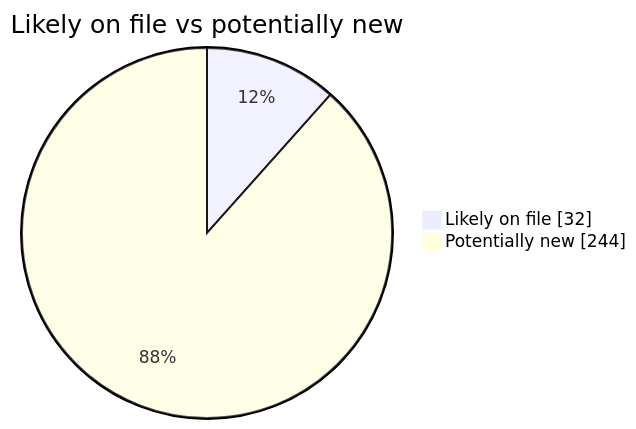
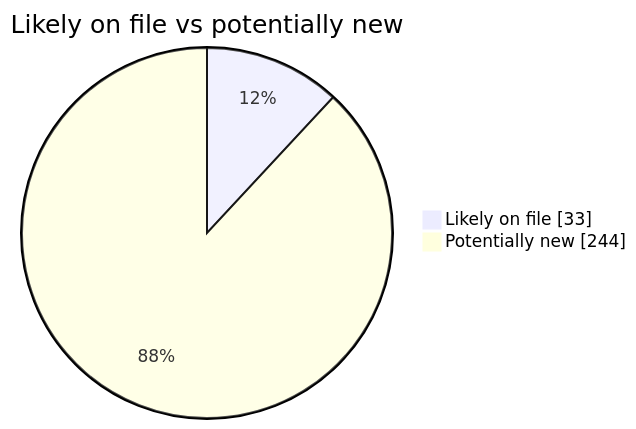
One commit to martinbalfanz/social-scanner-reports changed the second of 4 diagrams in README.md. Above: the diagram before and after it, drawn with Mermaid. The commit also changed other lines of this file and 2 other files, not shown here.

````diff
--- a/README.md
+++ b/README.md
@@ -40,5 +40,5 @@
 ```mermaid
 pie showData title Likely on file vs potentially new
-    "Likely on file" : 32
+    "Likely on file" : 33
     "Potentially new" : 244
 ```
````
